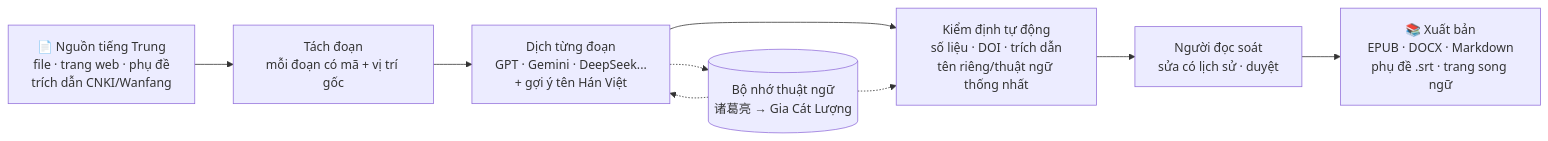
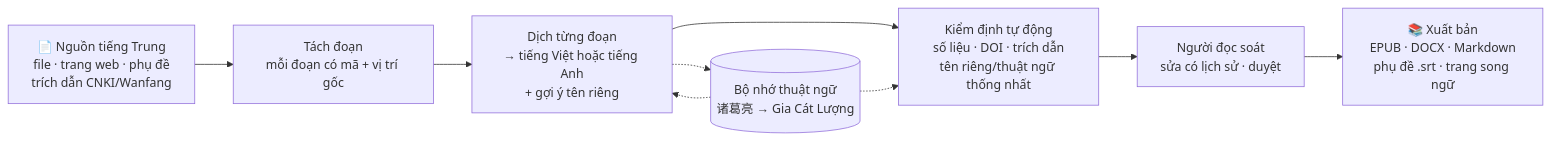
Before and after one commit to tuyentran-md/sinobridge: the diagram in README.md, drawn with Mermaid. The commit also changed other lines of this file and 23 other files, not shown here.

````diff
--- a/README.md
+++ b/README.md
@@ -23,11 +23,11 @@
 ```mermaid
 flowchart LR
     A["📄 Nguồn tiếng Trung<br/>file · trang web · phụ đề<br/>trích dẫn CNKI/Wanfang"] --> B["Tách đoạn<br/>mỗi đoạn có mã + vị trí gốc"]
-    B --> C["Dịch từng đoạn<br/>GPT · Gemini · DeepSeek...<br/>+ gợi ý tên Hán Việt"]
+    B --> C["Dịch từng đoạn<br/>→ tiếng Việt hoặc tiếng Anh<br/>+ gợi ý tên riêng"]
     C --> D["Kiểm định tự động<br/>số liệu · DOI · trích dẫn<br/>tên riêng/thuật ngữ thống nhất"]
     D --> E["Người đọc soát<br/>sửa có lịch sử · duyệt"]
     E --> F["📚 Xuất bản<br/>EPUB · DOCX · Markdown<br/>phụ đề .srt · trang song ngữ"]
     T[("Bộ nhớ thuật ngữ<br/>诸葛亮 → Gia Cát Lượng")] -.-> C
     C -.-> T
     T -.-> D
 ```
````
